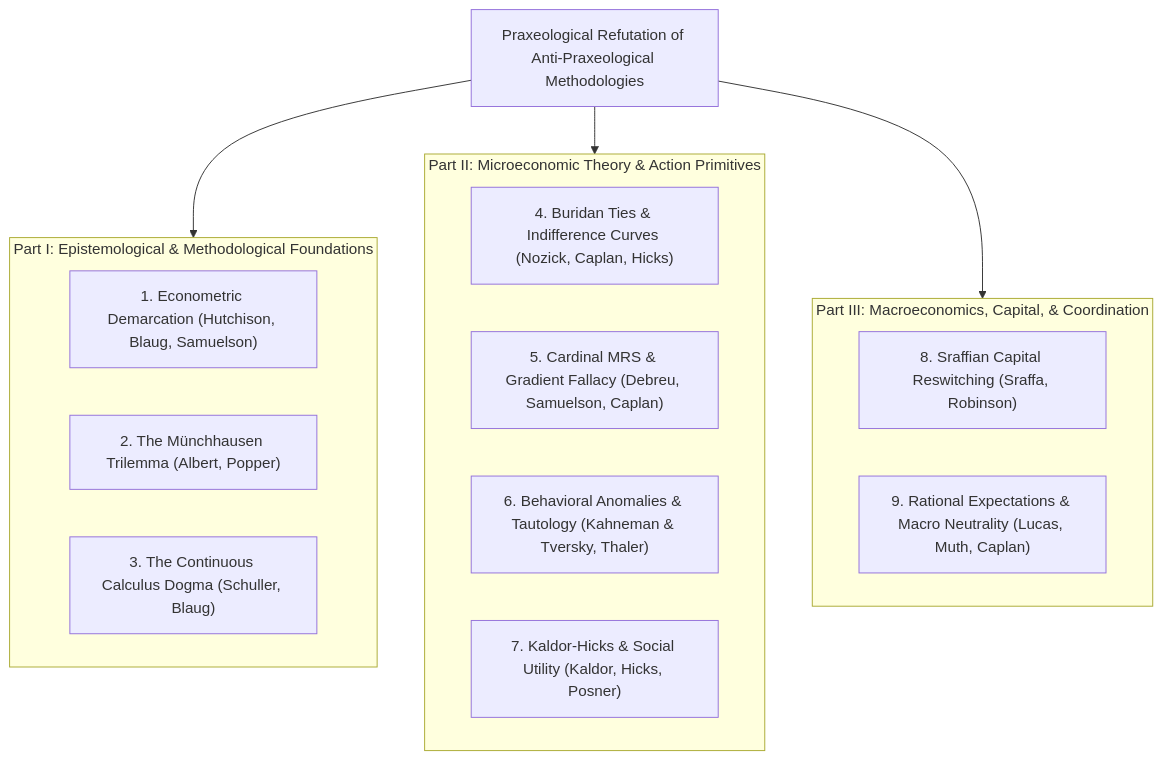
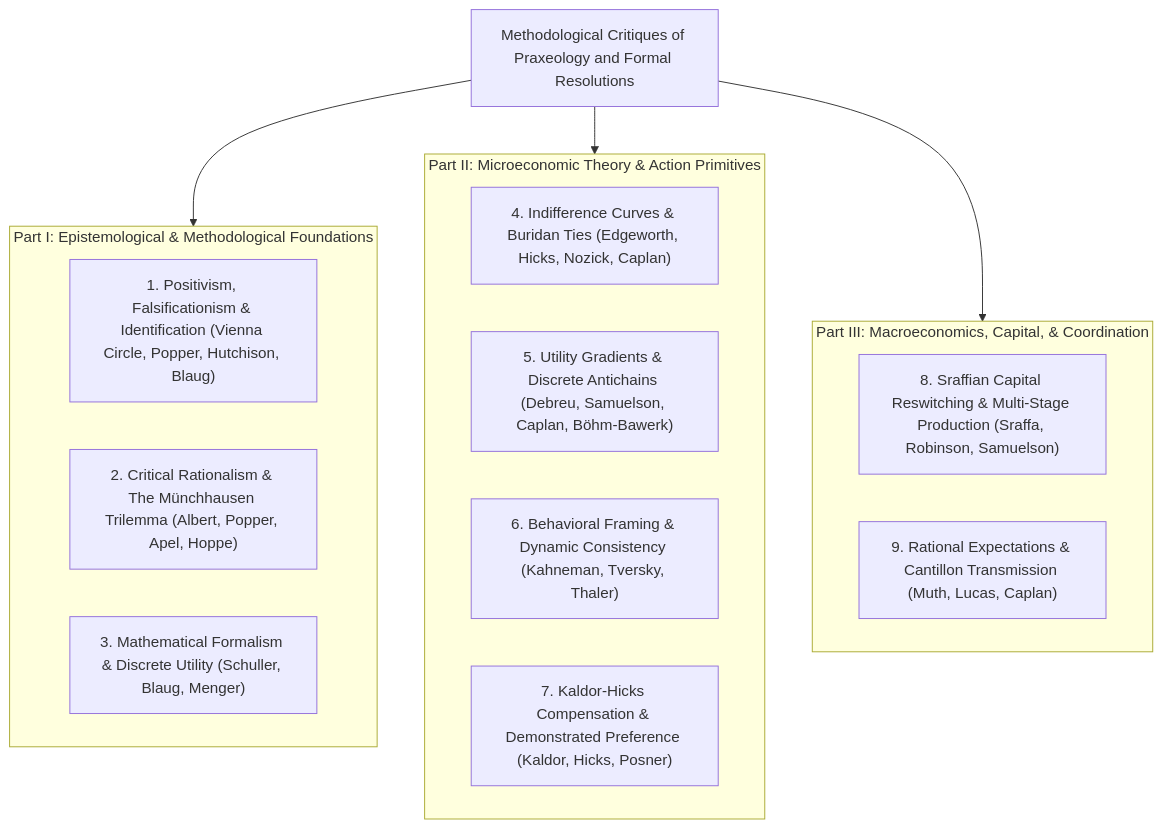
Before and after one commit to AleryBerry/praxeology-lean: the diagram in critiques/critics_of_praxeology.md, drawn with Mermaid. The commit also changed other lines of this file and 1 other file, not shown here.

Commit message:
docs(critiques): revise critics of praxeology to eliminate strawmen, polemics, and streamline clarity

````diff
--- a/critiques/critics_of_praxeology.md
+++ b/critiques/critics_of_praxeology.md
@@ -9,26 +30,26 @@
 ```mermaid
 graph TD
-    CP["Praxeological Refutation of Anti-Praxeological Methodologies"]
+    CP["Methodological Critiques of Praxeology and Formal Resolutions"]
     
     subgraph P1["Part I: Epistemological & Methodological Foundations"]
-        C1["1. Econometric Demarcation (Hutchison, Blaug, Samuelson)"]
-        C2["2. The Münchhausen Trilemma (Albert, Popper)"]
-        C3["3. The Continuous Calculus Dogma (Schuller, Blaug)"]
+        C1["1. Positivism, Falsificationism & Identification (Vienna Circle, Popper, Hutchison, Blaug)"]
+        C2["2. Critical Rationalism & The Münchhausen Trilemma (Albert, Popper, Apel, Hoppe)"]
+        C3["3. Mathematical Formalism & Discrete Utility (Schuller, Blaug, Menger)"]
     end
     
     subgraph P2["Part II: Microeconomic Theory & Action Primitives"]
-        C4["4. Buridan Ties & Indifference Curves (Nozick, Caplan, Hicks)"]
-        C5["5. Cardinal MRS & Gradient Fallacy (Debreu, Samuelson, Caplan)"]
-        C6["6. Behavioral Anomalies & Tautology (Kahneman & Tversky, Thaler)"]
-        C7["7. Kaldor-Hicks & Social Utility (Kaldor, Hicks, Posner)"]
+        C4["4. Indifference Curves & Buridan Ties (Edgeworth, Hicks, Nozick, Caplan)"]
+        C5["5. Utility Gradients & Discrete Antichains (Debreu, Samuelson, Caplan, Böhm-Bawerk)"]
+        C6["6. Behavioral Framing & Dynamic Consistency (Kahneman, Tversky, Thaler)"]
+        C7["7. Kaldor-Hicks Compensation & Demonstrated Preference (Kaldor, Hicks, Posner)"]
     end
     
     subgraph P3["Part III: Macroeconomics, Capital, & Coordination"]
-        C8["8. Sraffian Capital Reswitching (Sraffa, Robinson)"]
-        C9["9. Rational Expectations & Macro Neutrality (Lucas, Muth, Caplan)"]
+        C8["8. Sraffian Capital Reswitching & Multi-Stage Production (Sraffa, Robinson, Samuelson)"]
+        C9["9. Rational Expectations & Cantillon Transmission (Muth, Lucas, Caplan)"]
     end
 
     CP --> P1
     CP --> P2
     CP --> P3
 ```
````
